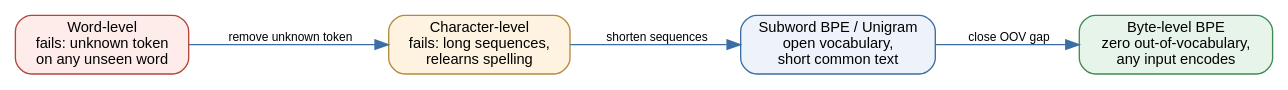
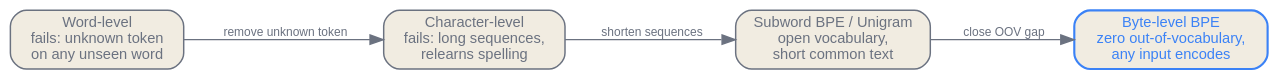
One commit to latere-ai/ai-as-an-infrastructure changed the second of 2 diagrams in en/p1-foundations/05-tokenization.qmd. Above: the diagram before and after it, drawn with Graphviz. The commit also changed other lines of this file and 186 other files, not shown here.

First line of the commit message:
book: visual audit pass on all diagrams and figures

````diff
--- a/en/p1-foundations/05-tokenization.qmd
+++ b/en/p1-foundations/05-tokenization.qmd
@@ -121,18 +122,19 @@
 ```{dot}
 //| label: fig-tokenization-evolution
 //| fig-cap: "The lineage from word-level to byte-level tokenization. Each arrow is labeled with the failure the next stage removes. Byte-level BPE closes the out-of-vocabulary gap entirely."
 digraph evolution {
+  bgcolor="transparent";
   rankdir=LR;
-  node [shape=box, fontname="Helvetica", fontsize=11, style="rounded,filled"];
-  edge [fontname="Helvetica", fontsize=9, color="#3b6ea5"];
+  node [shape=box, fontname="Helvetica", fontsize=11, style="rounded,filled", fillcolor="#f1ece1", color="#6b7280", fontcolor="#6b7280", penwidth=1.1];
+  edge [fontname="Helvetica", fontsize=9, color="#6b7280", fontcolor="#6b7280"];
 
-  word    [label="Word-level\nfails: unknown token\non any unseen word", fillcolor="#fdecea", color="#b5453b"];
-  char    [label="Character-level\nfails: long sequences,\nrelearns spelling", fillcolor="#fdf3e0", color="#b58a3b"];
-  subword [label="Subword BPE / Unigram\nopen vocabulary,\nshort common text", fillcolor="#eef3fb", color="#3b6ea5"];
-  byte    [label="Byte-level BPE\nzero out-of-vocabulary,\nany input encodes", fillcolor="#e7f4ea", color="#3f8a55"];
+  word    [label="Word-level\nfails: unknown token\non any unseen word"];
+  char    [label="Character-level\nfails: long sequences,\nrelearns spelling"];
+  subword [label="Subword BPE / Unigram\nopen vocabulary,\nshort common text"];
+  byte    [label="Byte-level BPE\nzero out-of-vocabulary,\nany input encodes", color="#3b82f6", fontcolor="#3b82f6", penwidth=1.6];
 
   word    -> char    [label="  remove unknown token"];
   char    -> subword [label="  shorten sequences"];
   subword -> byte    [label="  close OOV gap"];
 }
 ```
````
